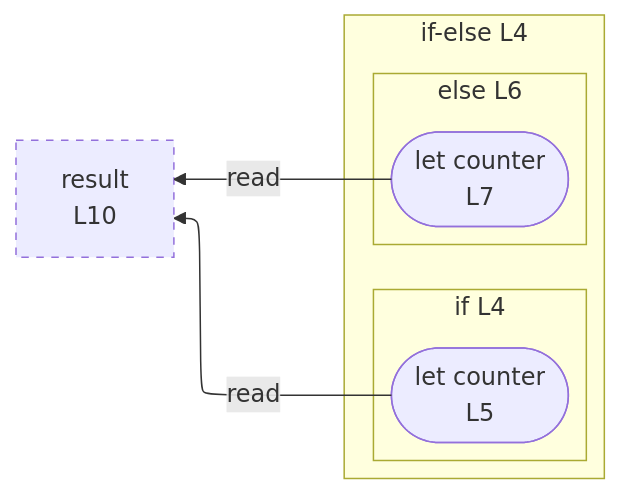
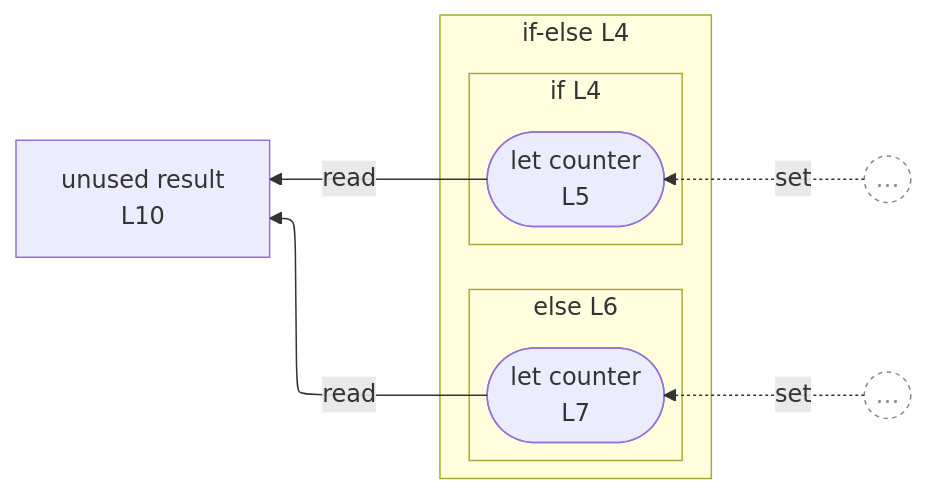
The diagram in integration/fixtures/control-if/preview.pruned-r10-c1.md (crescware/unsnarl), drawn with Mermaid before and after one commit. The commit also changed 75 other files, not shown here.

First line of the commit message:
feat(prune): rework boundary hints; switch unused cue from dashed stroke to "unused " label prefix

````diff
--- a/integration/fixtures/control-if/preview.pruned-r10-c1.md
+++ b/integration/fixtures/control-if/preview.pruned-r10-c1.md
@@ -26,21 +26,26 @@
 ```mermaid
 %%{init: {"flowchart": {"defaultRenderer": "elk"}}}%%
 flowchart RL
   %% pruning: roots=[10(1)] ancestors=1 descendants=1
-  n_scope_0_result_97["result<br/>L10"]
+  n_scope_0_result_97["unused result<br/>L10"]
   subgraph cont_if_scope_0_37["if-else L4"]
     direction RL
     subgraph s_scope_1["if L4"]
       direction RL
       wr_ref_1(["let counter<br/>L5"])
     end
     subgraph s_scope_2["else L6"]
       direction RL
       wr_ref_2(["let counter<br/>L7"])
     end
   end
   wr_ref_1 -->|read| n_scope_0_result_97
   wr_ref_2 -->|read| n_scope_0_result_97
-  classDef unused stroke-dasharray: 5 5;
-  class n_scope_0_result_97 unused;
+  boundary_stub_1((…))
+  boundary_stub_1 -.->|set| wr_ref_1
+  boundary_stub_2((…))
+  boundary_stub_2 -.->|set| wr_ref_2
+  classDef boundaryStub fill:transparent,stroke:#888,stroke-dasharray:3 3,color:#888;
+  class boundary_stub_1 boundaryStub;
+  class boundary_stub_2 boundaryStub;
 ```
````
